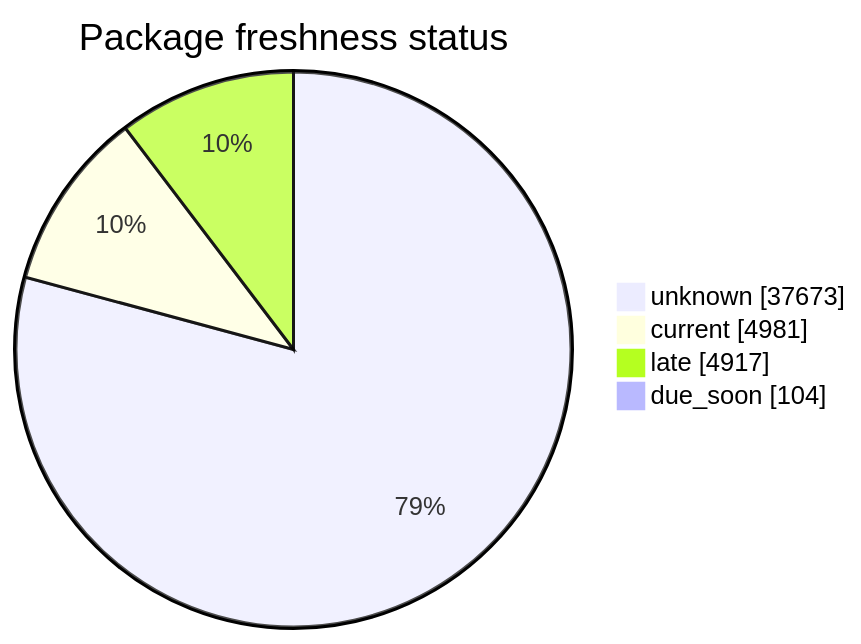
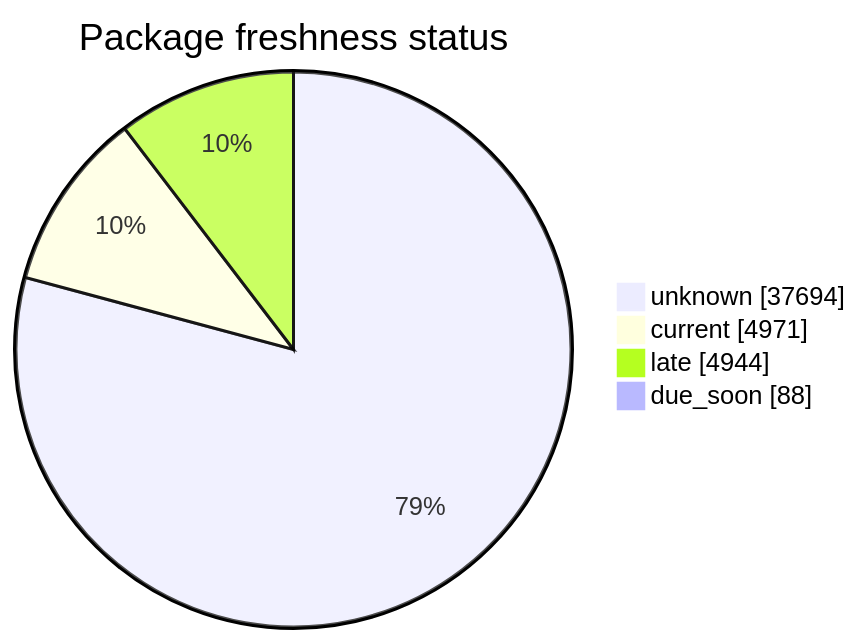
Before and after one commit to open-data/analytics-corporate-reporting: the second of 5 diagrams in FreshCheck/README.md, drawn with Mermaid. The commit also changed other lines of this file and 3 other files, not shown here.

````diff
--- a/FreshCheck/README.md
+++ b/FreshCheck/README.md
@@ -68,7 +68,7 @@
 ```mermaid
 pie showData title Package freshness status
-    "unknown": 37673
-    "current": 4981
-    "late": 4917
-    "due_soon": 104
+    "unknown": 37694
+    "current": 4971
+    "late": 4944
+    "due_soon": 88
 ```
````
